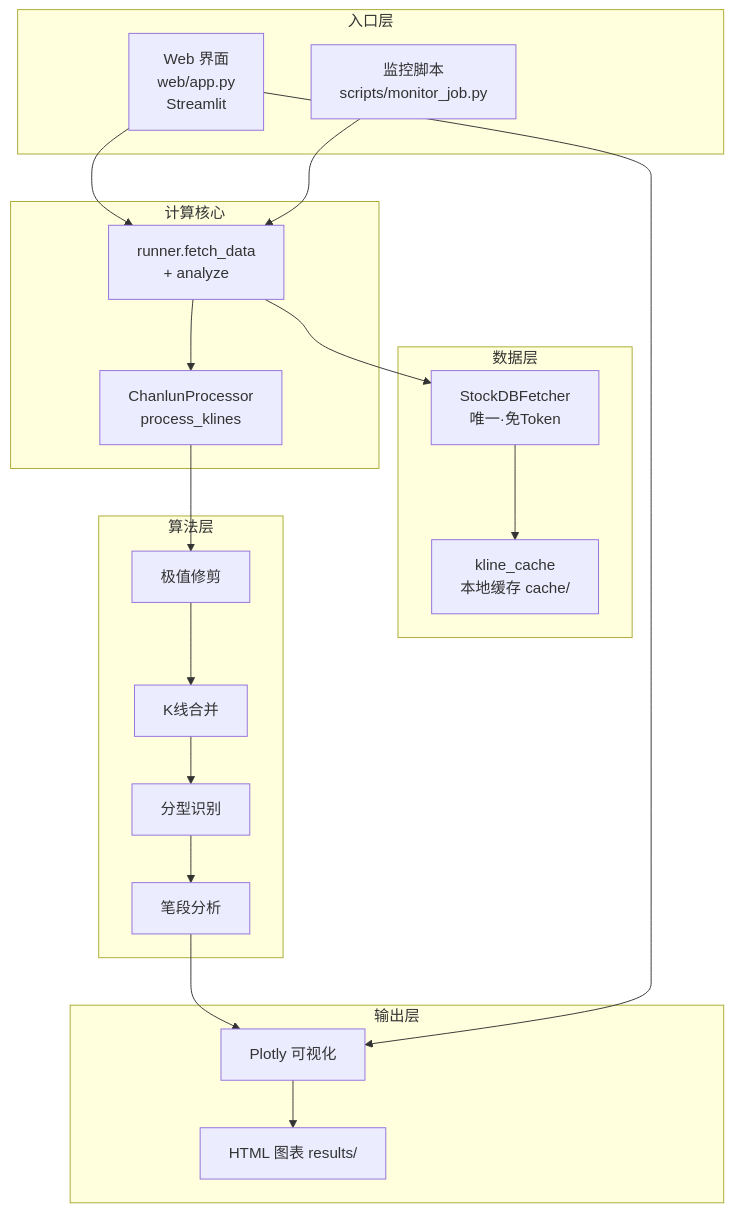
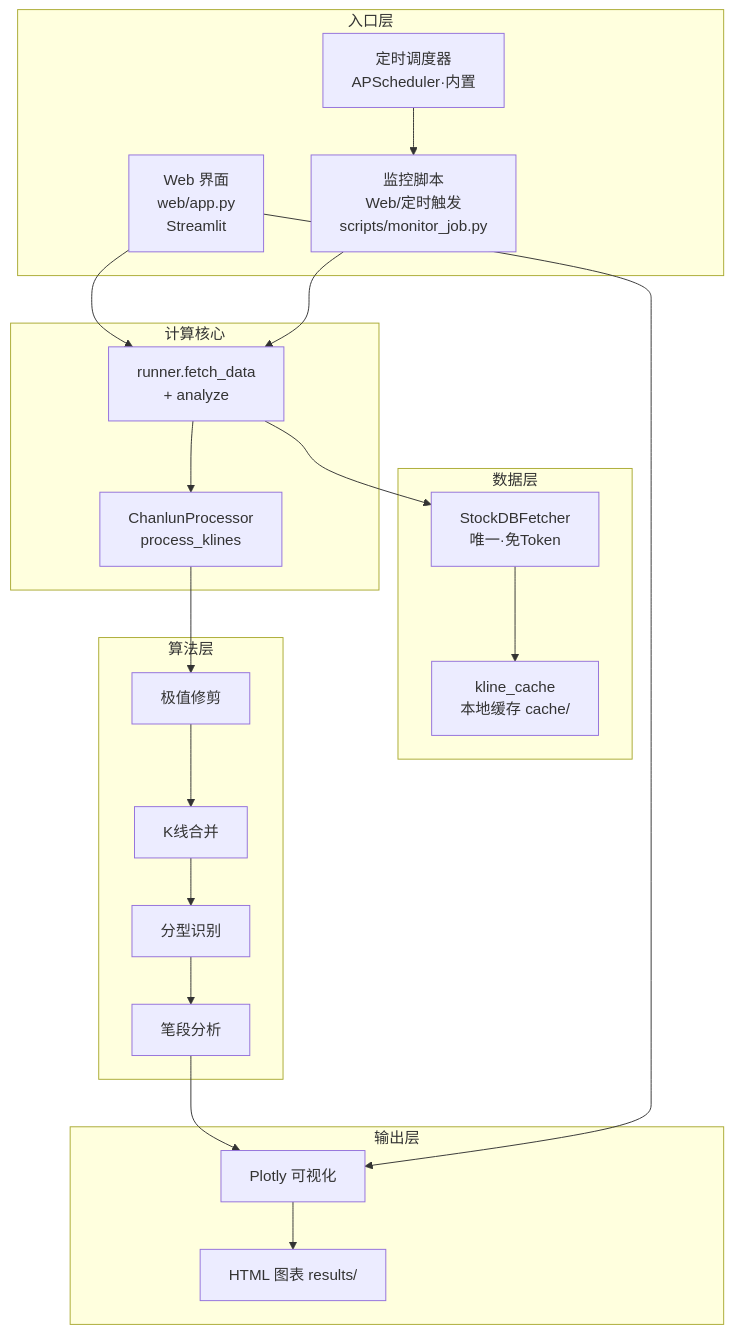
The first of 2 diagrams in README.md (echoincode/chanlun), drawn with Mermaid before and after one commit. The commit also changed other lines of this file and 7 other files, not shown here.

````diff
--- a/README.md
+++ b/README.md
@@ -30,38 +22,40 @@
 ```mermaid
 flowchart TD
     subgraph 入口层
         A[Web 界面<br/>web/app.py<br/>Streamlit]
-        B[监控脚本<br/>scripts/monitor_job.py]
+        B[监控脚本<br/>Web/定时触发<br/>scripts/monitor_job.py]
+        S[定时调度器<br/>APScheduler·内置]
     end
 
     subgraph 计算核心
         C[runner.fetch_data<br/>+ analyze]
         D[ChanlunProcessor<br/>process_klines]
     end
 
     subgraph 数据层
         E[StockDBFetcher<br/>唯一·免Token]
         G[kline_cache<br/>本地缓存 cache/]
     end
 
     subgraph 算法层
         H[极值修剪]
         I[K线合并]
         J[分型识别]
         K[笔段分析]
     end
 
     subgraph 输出层
         L[Plotly 可视化]
         M[HTML 图表 results/]
     end
 
     A --> C
     B --> C
+    S --> B
     C --> E
     E --> G
     C --> D
     D --> H --> I --> J --> K
     K --> L --> M
     A --> L
 ```
````
